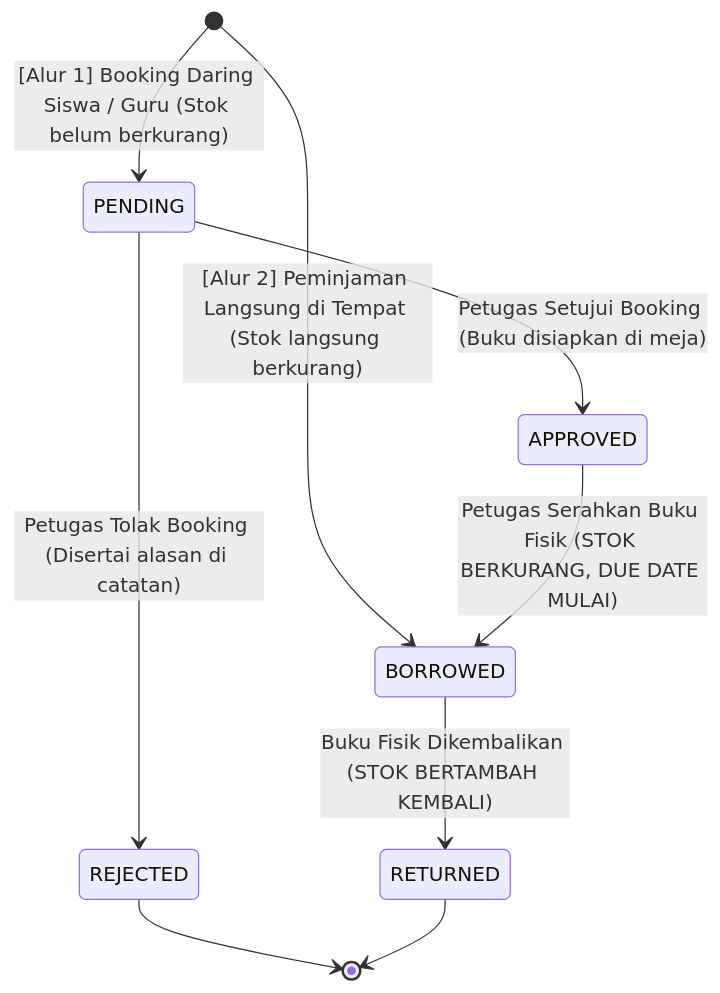
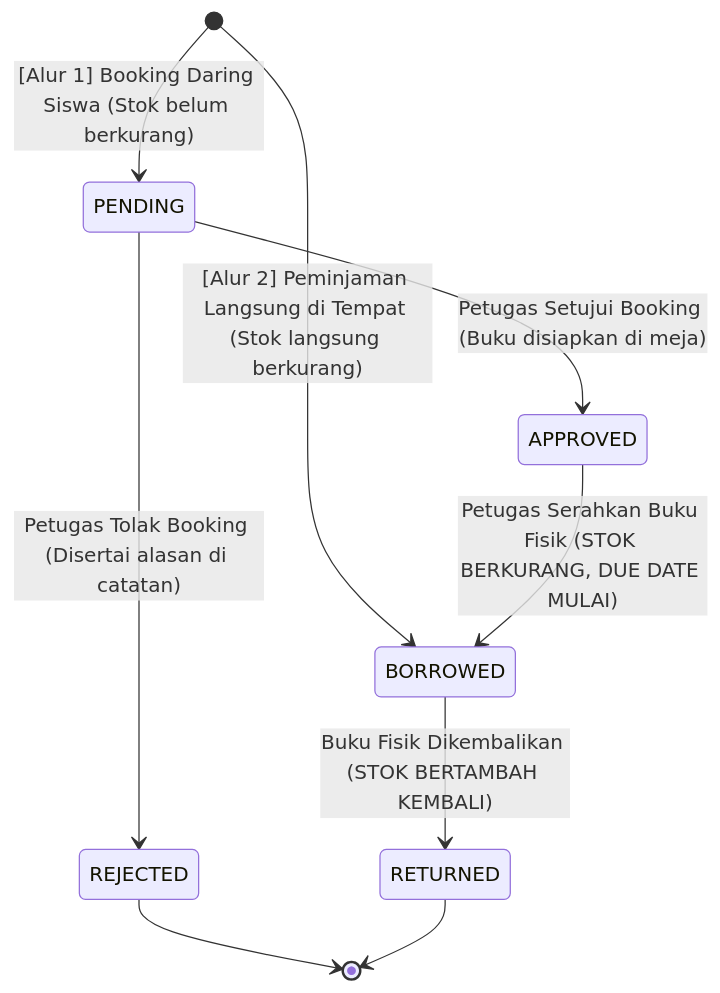
The second of 4 diagrams in RANCANGAN_SISTEM_DAN_DATABASE.md (faridl29/sipus_api), drawn with Mermaid before and after one commit. The commit also changed other lines of this file and 14 other files, not shown here.

````diff
--- a/RANCANGAN_SISTEM_DAN_DATABASE.md
+++ b/RANCANGAN_SISTEM_DAN_DATABASE.md
@@ -158,15 +158,15 @@
 ```mermaid
 stateDiagram-v2
-    [*] --> PENDING : [Alur 1] Booking Daring Siswa / Guru (Stok belum berkurang)
+    [*] --> PENDING : [Alur 1] Booking Daring Siswa (Stok belum berkurang)
     [*] --> BORROWED : [Alur 2] Peminjaman Langsung di Tempat (Stok langsung berkurang)
 
     PENDING --> APPROVED : Petugas Setujui Booking (Buku disiapkan di meja)
     PENDING --> REJECTED : Petugas Tolak Booking (Disertai alasan di catatan)
 
     APPROVED --> BORROWED : Petugas Serahkan Buku Fisik (STOK BERKURANG, DUE DATE MULAI)
 
     BORROWED --> RETURNED : Buku Fisik Dikembalikan (STOK BERTAMBAH KEMBALI)
 
     REJECTED --> [*]
     RETURNED --> [*]
 ```
````
